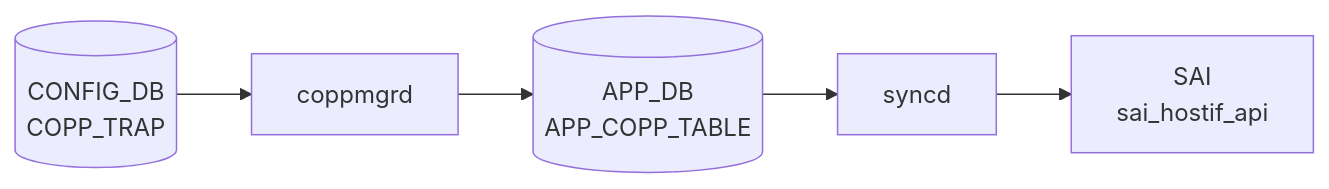
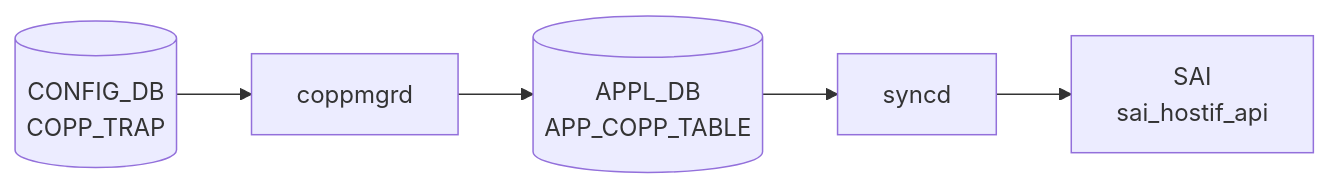
Before and after one commit to aoki-taquan/sonic-unofficial-docs: the diagram in docs/reference/config-db/copp-trap.md, drawn with Mermaid. The commit also changed other lines of this file and 91 other files, not shown here.

First line of the commit message:
fix(review-067): APP_DB→APPL_DB in mermaid labels; exclude APPL_DB pages from auto-gen

````diff
--- a/docs/reference/config-db/copp-trap.md
+++ b/docs/reference/config-db/copp-trap.md
@@ -31,12 +31,12 @@
 ```mermaid
 flowchart LR
   CDB[("CONFIG_DB<br/>COPP_TRAP")]
   DM["coppmgrd"]
   CDB --> DM
-  APPDB[("APP_DB<br/>APP_COPP_TABLE")]
+  APPDB[("APPL_DB<br/>APP_COPP_TABLE")]
   DM --> APPDB
   SYNCD["syncd"]
   APPDB --> SYNCD
   SAI["SAI<br/>sai_hostif_api"]
   SYNCD --> SAI
 ```
````
